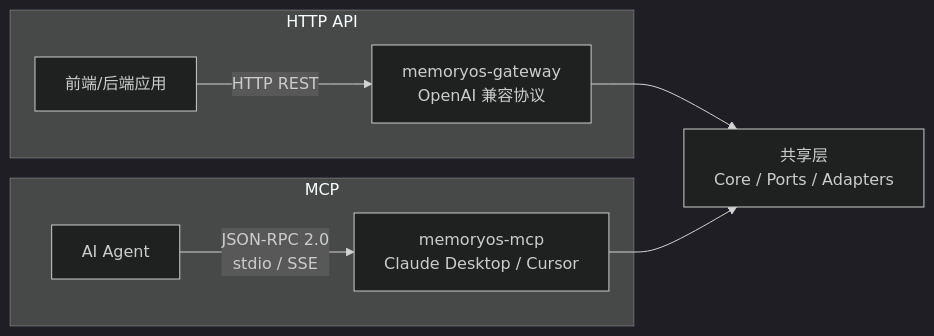
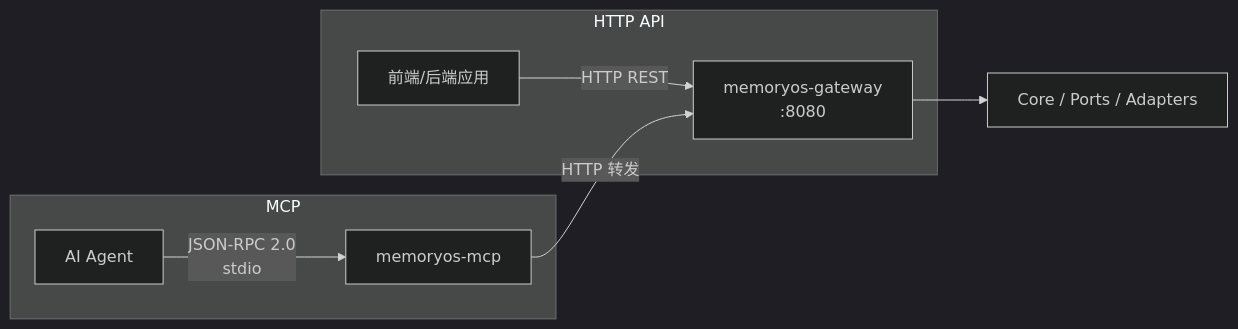
Before and after one commit to TelivANT/memoryos-rust: the tenth of 12 diagrams in docs/ARCHITECTURE.md, drawn with Mermaid (dark theme). The commit also changed other lines of this file and 7 other files, not shown here.

````diff
--- a/docs/ARCHITECTURE.md
+++ b/docs/ARCHITECTURE.md
@@ -399,13 +402,13 @@
 ```mermaid
 graph LR
     subgraph "HTTP API"
-        APP["前端/后端应用"] -->|"HTTP REST"| GW["memoryos-gateway<br/>OpenAI 兼容协议"]
+        APP["前端/后端应用"] -->|"HTTP REST"| GW["memoryos-gateway<br/>:8080"]
     end
 
     subgraph "MCP"
-        AI["AI Agent"] -->|"JSON-RPC 2.0<br/>stdio / SSE"| MCPS["memoryos-mcp<br/>Claude Desktop / Cursor"]
+        AI["AI Agent"] -->|"JSON-RPC 2.0<br/>stdio"| MCPS["memoryos-mcp"]
     end
 
-    GW --> CORE["共享层<br/>Core / Ports / Adapters"]
-    MCPS --> CORE
+    MCPS -->|"HTTP 转发"| GW
+    GW --> CORE["Core / Ports / Adapters"]
 ```
````
